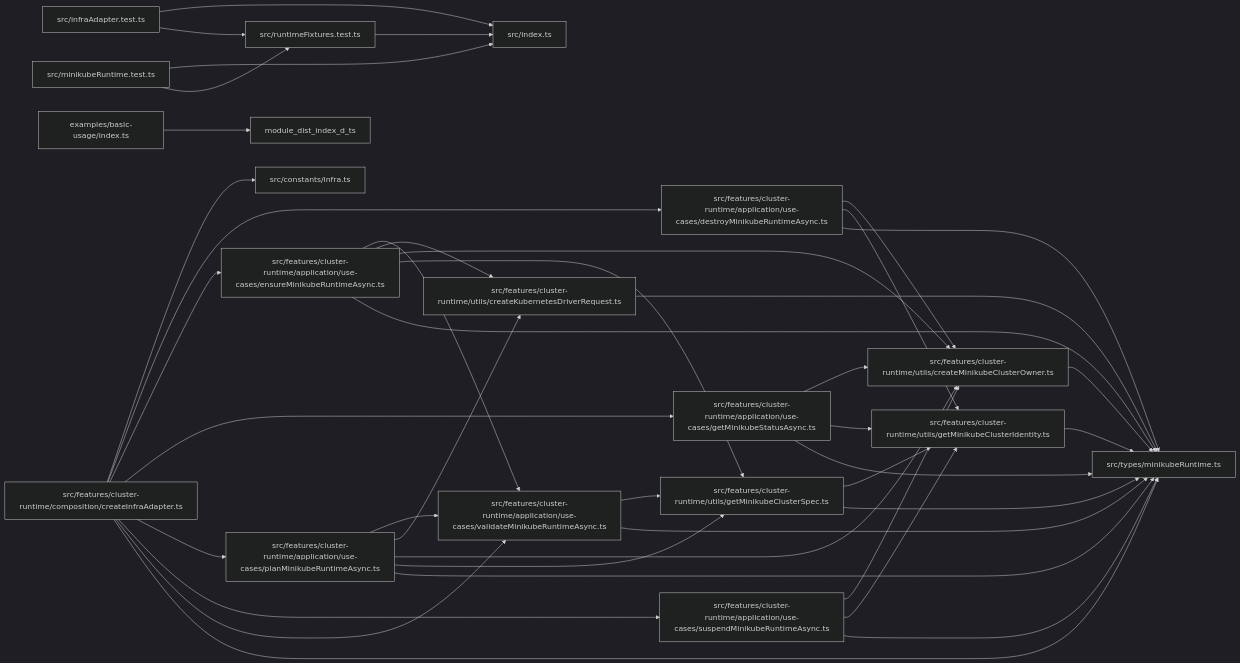
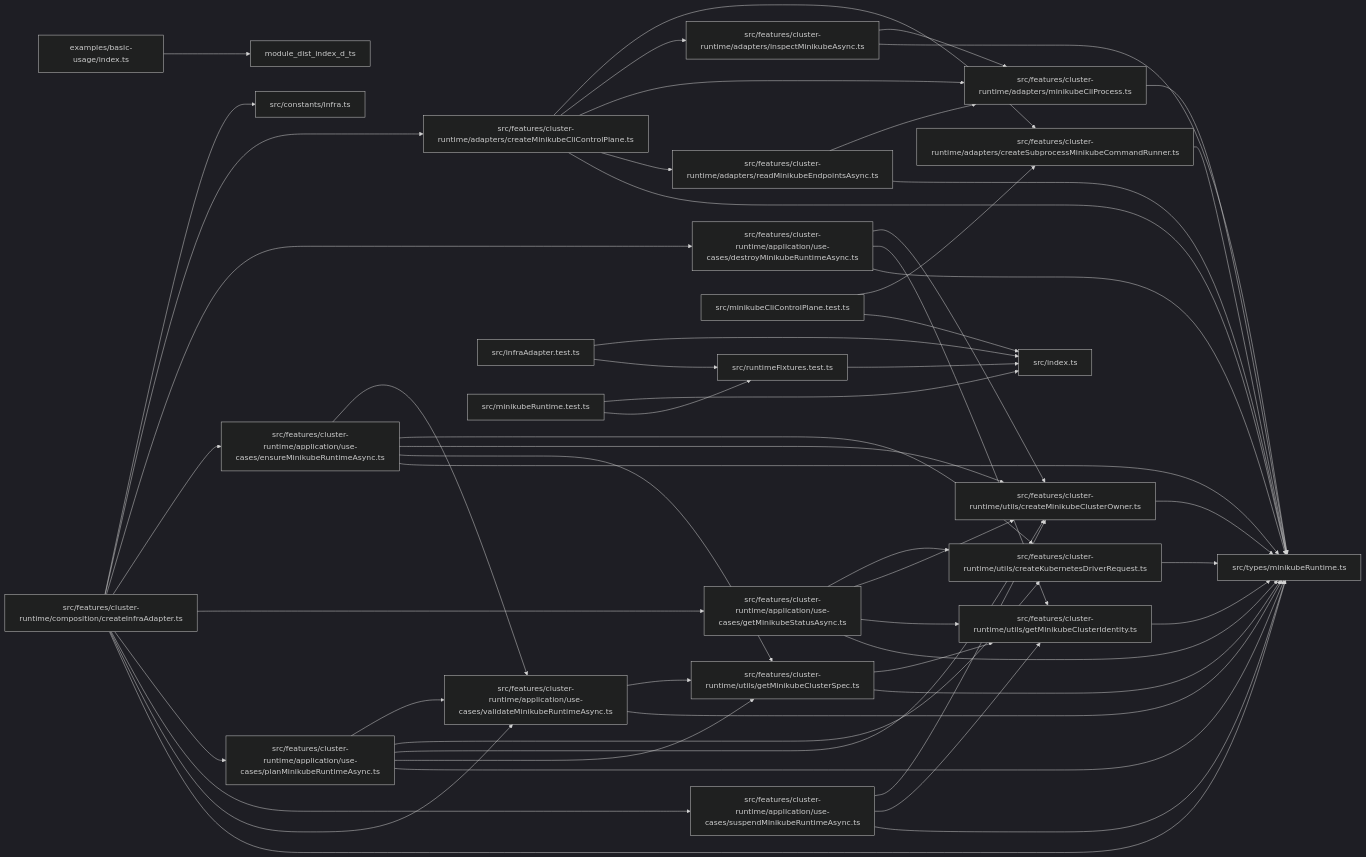
One commit to ankhorage/minikube changed the diagram in paradox/diagrams/module-relationships.mmd. Above: the diagram before and after it, drawn with Mermaid (dark theme). The commit also changed 26 other files, not shown here.

Commit message:
feat: add concrete minikube CLI lifecycle (#4)

```diff
--- a/paradox/diagrams/module-relationships.mmd
+++ b/paradox/diagrams/module-relationships.mmd
@@ -1,59 +1,80 @@
 graph LR
   module_examples_basic_usage_index_ts["examples/basic-usage/index.ts"]
   module_src_constants_infra_ts["src/constants/infra.ts"]
+  module_src_features_cluster_runtime_adapters_createMinikubeCliControlPlane_ts["src/features/cluster-runtime/adapters/createMinikubeCliControlPlane.ts"]
+  module_src_features_cluster_runtime_adapters_createSubprocessMinikubeCommandRunner_ts["src/features/cluster-runtime/adapters/createSubprocessMinikubeCommandRunner.ts"]
+  module_src_features_cluster_runtime_adapters_inspectMinikubeAsync_ts["src/features/cluster-runtime/adapters/inspectMinikubeAsync.ts"]
+  module_src_features_cluster_runtime_adapters_minikubeCliProcess_ts["src/features/cluster-runtime/adapters/minikubeCliProcess.ts"]
+  module_src_features_cluster_runtime_adapters_readMinikubeEndpointsAsync_ts["src/features/cluster-runtime/adapters/readMinikubeEndpointsAsync.ts"]
   module_src_features_cluster_runtime_application_use_cases_destroyMinikubeRuntimeAsync_ts["src/features/cluster-runtime/application/use-cases/destroyMinikubeRuntimeAsync.ts"]
   module_src_features_cluster_runtime_application_use_cases_ensureMinikubeRuntimeAsync_ts["src/features/cluster-runtime/application/use-cases/ensureMinikubeRuntimeAsync.ts"]
   module_src_features_cluster_runtime_application_use_cases_getMinikubeStatusAsync_ts["src/features/cluster-runtime/application/use-cases/getMinikubeStatusAsync.ts"]
   module_src_features_cluster_runtime_application_use_cases_planMinikubeRuntimeAsync_ts["src/features/cluster-runtime/application/use-cases/planMinikubeRuntimeAsync.ts"]
   module_src_features_cluster_runtime_application_use_cases_suspendMinikubeRuntimeAsync_ts["src/features/cluster-runtime/application/use-cases/suspendMinikubeRuntimeAsync.ts"]
   module_src_features_cluster_runtime_application_use_cases_validateMinikubeRuntimeAsync_ts["src/features/cluster-runtime/application/use-cases/validateMinikubeRuntimeAsync.ts"]
   module_src_features_cluster_runtime_composition_createInfraAdapter_ts["src/features/cluster-runtime/composition/createInfraAdapter.ts"]
   module_src_features_cluster_runtime_utils_createKubernetesDriverRequest_ts["src/features/cluster-runtime/utils/createKubernetesDriverRequest.ts"]
   module_src_features_cluster_runtime_utils_createMinikubeClusterOwner_ts["src/features/cluster-runtime/utils/createMinikubeClusterOwner.ts"]
   module_src_features_cluster_runtime_utils_getMinikubeClusterIdentity_ts["src/features/cluster-runtime/utils/getMinikubeClusterIdentity.ts"]
   module_src_features_cluster_runtime_utils_getMinikubeClusterSpec_ts["src/features/cluster-runtime/utils/getMinikubeClusterSpec.ts"]
   module_src_index_ts["src/index.ts"]
   module_src_infraAdapter_test_ts["src/infraAdapter.test.ts"]
+  module_src_minikubeCliControlPlane_test_ts["src/minikubeCliControlPlane.test.ts"]
   module_src_minikubeRuntime_test_ts["src/minikubeRuntime.test.ts"]
   module_src_runtimeFixtures_test_ts["src/runtimeFixtures.test.ts"]
   module_src_types_minikubeRuntime_ts["src/types/minikubeRuntime.ts"]
   module_examples_basic_usage_index_ts --> module_dist_index_d_ts
+  module_src_features_cluster_runtime_adapters_createMinikubeCliControlPlane_ts --> module_src_features_cluster_runtime_adapters_createSubprocessMinikubeCommandRunner_ts
+  module_src_features_cluster_runtime_adapters_createMinikubeCliControlPlane_ts --> module_src_features_cluster_runtime_adapters_inspectMinikubeAsync_ts
+  module_src_features_cluster_runtime_adapters_createMinikubeCliControlPlane_ts --> module_src_features_cluster_runtime_adapters_minikubeCliProcess_ts
+  module_src_features_cluster_runtime_adapters_createMinikubeCliControlPlane_ts --> module_src_features_cluster_runtime_adapters_readMinikubeEndpointsAsync_ts
+  module_src_features_cluster_runtime_adapters_createMinikubeCliControlPlane_ts --> module_src_types_minikubeRuntime_ts
+  module_src_features_cluster_runtime_adapters_createSubprocessMinikubeCommandRunner_ts --> module_src_types_minikubeRuntime_ts
+  module_src_features_cluster_runtime_adapters_inspectMinikubeAsync_ts --> module_src_features_cluster_runtime_adapters_minikubeCliProcess_ts
+  module_src_features_cluster_runtime_adapters_inspectMinikubeAsync_ts --> module_src_types_minikubeRuntime_ts
+  module_src_features_cluster_runtime_adapters_minikubeCliProcess_ts --> module_src_types_minikubeRuntime_ts
+  module_src_features_cluster_runtime_adapters_readMinikubeEndpointsAsync_ts --> module_src_features_cluster_runtime_adapters_minikubeCliProcess_ts
+  module_src_features_cluster_runtime_adapters_readMinikubeEndpointsAsync_ts --> module_src_types_minikubeRuntime_ts
   module_src_features_cluster_runtime_application_use_cases_destroyMinikubeRuntimeAsync_ts --> module_src_features_cluster_runtime_utils_createMinikubeClusterOwner_ts
   module_src_features_cluster_runtime_application_use_cases_destroyMinikubeRuntimeAsync_ts --> module_src_features_cluster_runtime_utils_getMinikubeClusterIdentity_ts
   module_src_features_cluster_runtime_application_use_cases_destroyMinikubeRuntimeAsync_ts --> module_src_types_minikubeRuntime_ts
   module_src_features_cluster_runtime_application_use_cases_ensureMinikubeRuntimeAsync_ts --> module_src_features_cluster_runtime_application_use_cases_validateMinikubeRuntimeAsync_ts
   module_src_features_cluster_runtime_application_use_cases_ensureMinikubeRuntimeAsync_ts --> module_src_features_cluster_runtime_utils_createKubernetesDriverRequest_ts
   module_src_features_cluster_runtime_application_use_cases_ensureMinikubeRuntimeAsync_ts --> module_src_features_cluster_runtime_utils_createMinikubeClusterOwner_ts
   module_src_features_cluster_runtime_application_use_cases_ensureMinikubeRuntimeAsync_ts --> module_src_features_cluster_runtime_utils_getMinikubeClusterSpec_ts
   module_src_features_cluster_runtime_application_use_cases_ensureMinikubeRuntimeAsync_ts --> module_src_types_minikubeRuntime_ts
+  module_src_features_cluster_runtime_application_use_cases_getMinikubeStatusAsync_ts --> module_src_features_cluster_runtime_utils_createKubernetesDriverRequest_ts
   module_src_features_cluster_runtime_application_use_cases_getMinikubeStatusAsync_ts --> module_src_features_cluster_runtime_utils_createMinikubeClusterOwner_ts
   module_src_features_cluster_runtime_application_use_cases_getMinikubeStatusAsync_ts --> module_src_features_cluster_runtime_utils_getMinikubeClusterIdentity_ts
   module_src_features_cluster_runtime_application_use_cases_getMinikubeStatusAsync_ts --> module_src_types_minikubeRuntime_ts
   module_src_features_cluster_runtime_application_use_cases_planMinikubeRuntimeAsync_ts --> module_src_features_cluster_runtime_application_use_cases_validateMinikubeRuntimeAsync_ts
   module_src_features_cluster_runtime_application_use_cases_planMinikubeRuntimeAsync_ts --> module_src_features_cluster_runtime_utils_createKubernetesDriverRequest_ts
   module_src_features_cluster_runtime_application_use_cases_planMinikubeRuntimeAsync_ts --> module_src_features_cluster_runtime_utils_createMinikubeClusterOwner_ts
   module_src_features_cluster_runtime_application_use_cases_planMinikubeRuntimeAsync_ts --> module_src_features_cluster_runtime_utils_getMinikubeClusterSpec_ts
   module_src_features_cluster_runtime_application_use_cases_planMinikubeRuntimeAsync_ts --> module_src_types_minikubeRuntime_ts
   module_src_features_cluster_runtime_application_use_cases_suspendMinikubeRuntimeAsync_ts --> module_src_features_cluster_runtime_utils_createMinikubeClusterOwner_ts
   module_src_features_cluster_runtime_application_use_cases_suspendMinikubeRuntimeAsync_ts --> module_src_features_cluster_runtime_utils_getMinikubeClusterIdentity_ts
   module_src_features_cluster_runtime_application_use_cases_suspendMinikubeRuntimeAsync_ts --> module_src_types_minikubeRuntime_ts
   module_src_features_cluster_runtime_application_use_cases_validateMinikubeRuntimeAsync_ts --> module_src_features_cluster_runtime_utils_getMinikubeClusterSpec_ts
   module_src_features_cluster_runtime_application_use_cases_validateMinikubeRuntimeAsync_ts --> module_src_types_minikubeRuntime_ts
   module_src_features_cluster_runtime_composition_createInfraAdapter_ts --> module_src_constants_infra_ts
+  module_src_features_cluster_runtime_composition_createInfraAdapter_ts --> module_src_features_cluster_runtime_adapters_createMinikubeCliControlPlane_ts
   module_src_features_cluster_runtime_composition_createInfraAdapter_ts --> module_src_features_cluster_runtime_application_use_cases_destroyMinikubeRuntimeAsync_ts
   module_src_features_cluster_runtime_composition_createInfraAdapter_ts --> module_src_features_cluster_runtime_application_use_cases_ensureMinikubeRuntimeAsync_ts
   module_src_features_cluster_runtime_composition_createInfraAdapter_ts --> module_src_features_cluster_runtime_application_use_cases_getMinikubeStatusAsync_ts
   module_src_features_cluster_runtime_composition_createInfraAdapter_ts --> module_src_features_cluster_runtime_application_use_cases_planMinikubeRuntimeAsync_ts
   module_src_features_cluster_runtime_composition_createInfraAdapter_ts --> module_src_features_cluster_runtime_application_use_cases_suspendMinikubeRuntimeAsync_ts
   module_src_features_cluster_runtime_composition_createInfraAdapter_ts --> module_src_features_cluster_runtime_application_use_cases_validateMinikubeRuntimeAsync_ts
   module_src_features_cluster_runtime_composition_createInfraAdapter_ts --> module_src_types_minikubeRuntime_ts
   module_src_features_cluster_runtime_utils_createKubernetesDriverRequest_ts --> module_src_types_minikubeRuntime_ts
   module_src_features_cluster_runtime_utils_createMinikubeClusterOwner_ts --> module_src_types_minikubeRuntime_ts
   module_src_features_cluster_runtime_utils_getMinikubeClusterIdentity_ts --> module_src_types_minikubeRuntime_ts
   module_src_features_cluster_runtime_utils_getMinikubeClusterSpec_ts --> module_src_features_cluster_runtime_utils_getMinikubeClusterIdentity_ts
   module_src_features_cluster_runtime_utils_getMinikubeClusterSpec_ts --> module_src_types_minikubeRuntime_ts
   module_src_infraAdapter_test_ts --> module_src_index_ts
   module_src_infraAdapter_test_ts --> module_src_runtimeFixtures_test_ts
+  module_src_minikubeCliControlPlane_test_ts --> module_src_features_cluster_runtime_adapters_createSubprocessMinikubeCommandRunner_ts
+  module_src_minikubeCliControlPlane_test_ts --> module_src_index_ts
   module_src_minikubeRuntime_test_ts --> module_src_index_ts
   module_src_minikubeRuntime_test_ts --> module_src_runtimeFixtures_test_ts
   module_src_runtimeFixtures_test_ts --> module_src_index_ts
```
